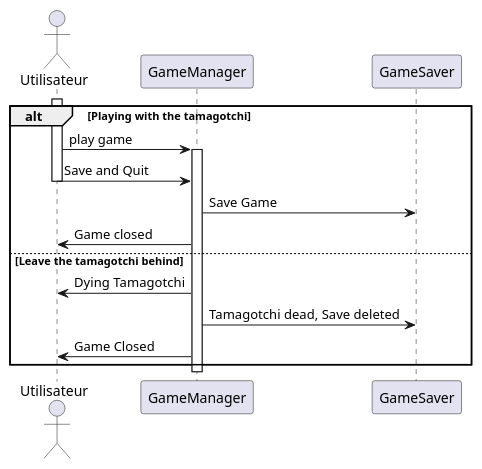
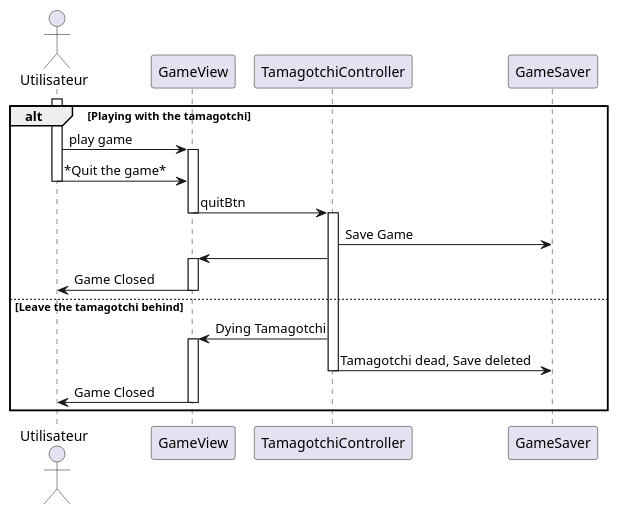
Before and after one commit to TheoGicquel/EggFriend: the diagram in docs/plantUML/NewEndGameSeq.plantuml, drawn with PlantUML.

Commit message:
Maj Diag de Seq

```diff
--- a/docs/plantUML/NewEndGameSeq.plantuml
+++ b/docs/plantUML/NewEndGameSeq.plantuml
@@ -2,45 +2,56 @@
 @startuml game manager
 /' Guide : https://plantuml.com/en/sequence-diagram '/
 
 /'Connection au jeu et reccupération'/
     Actor Utilisateur
 
 
 alt Playing with the tamagotchi
 
     activate Utilisateur
 
+    Utilisateur -> GameView : play game
 
-    Utilisateur -> GameManager : play game
-    
-    activate GameManager
+    activate GameView
 
-    Utilisateur -> GameManager : Save and Quit
+    Utilisateur -> GameView : *Quit the game*
 
     deactivate Utilisateur
 
-    GameManager -> GameSaver : Save Game
+    GameView -> TamagotchiController : quitBtn
 
-    GameManager -> Utilisateur : Game closed
+    deactivate GameView
 
-    deactivate Utilisateur
+    activate TamagotchiController 
+
+    TamagotchiController -> GameSaver : Save Game
+
+    TamagotchiController -> GameView
+
+    activate GameView
+
+    GameView -> Utilisateur : Game Closed
+
+    deactivate GameView
 
 else Leave the tamagotchi behind
 
 
 
-    GameManager -> Utilisateur : Dying Tamagotchi
+    TamagotchiController -> GameView : Dying Tamagotchi
 
-    GameManager -> GameSaver : Tamagotchi dead, Save deleted
+    activate GameView
 
-    GameManager -> Utilisateur : Game Closed
+    TamagotchiController -> GameSaver : Tamagotchi dead, Save deleted
+
+    deactivate TamagotchiController
+
+    GameView -> Utilisateur : Game Closed
+
+    deactivate GameView
 end
-
-    deactivate GameManager
-
-
 
     
 
 
 @enduml
```
